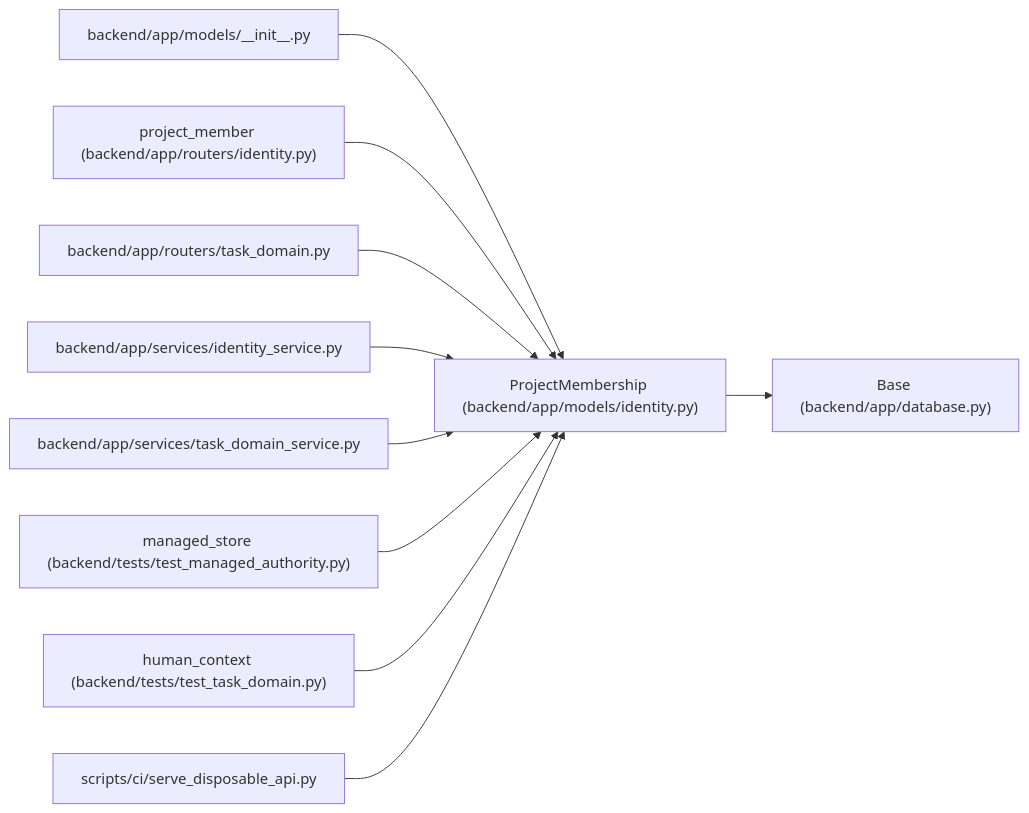
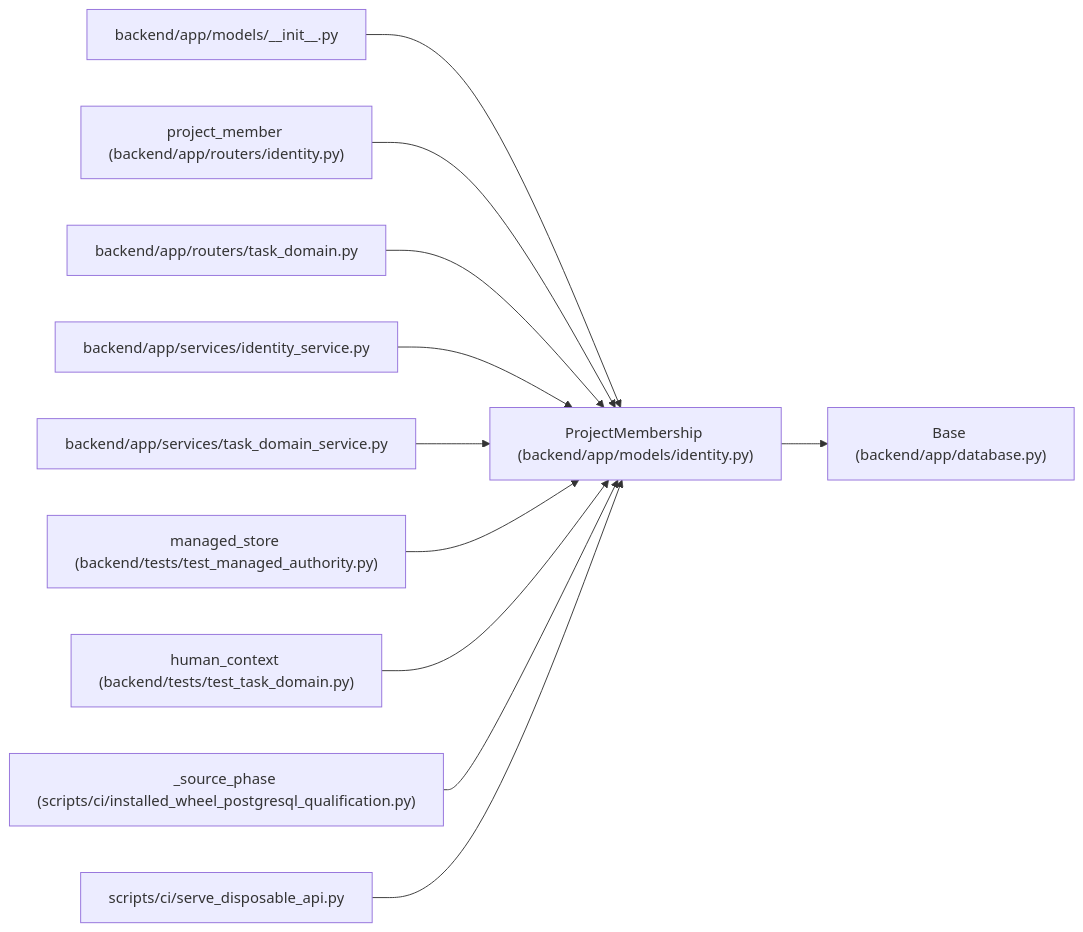
One commit to Denissvgn/WorkChord changed the diagram in docs/llm_wiki/entities/ProjectMembership.md. Above: the diagram before and after it, drawn with Mermaid. The commit also changed other lines of this file and 778 other files, not shown here.

````diff
--- a/docs/llm_wiki/entities/ProjectMembership.md
+++ b/docs/llm_wiki/entities/ProjectMembership.md
@@ -28,32 +28,35 @@
 ```mermaid
 flowchart LR
     n0["ProjectMembership (backend/app/models/identity.py)"]
     n1["Base (backend/app/database.py)"]
     n2["backend/app/models/__init__.py"]
     n3["project_member (backend/app/routers/identity.py)"]
     n4["backend/app/routers/task_domain.py"]
     n5["backend/app/services/identity_service.py"]
     n6["backend/app/services/task_domain_service.py"]
     n7["managed_store (backend/tests/test_managed_authority.py)"]
     n8["human_context (backend/tests/test_task_domain.py)"]
-    n9["scripts/ci/serve_disposable_api.py"]
+    n9["_source_phase (scripts/ci/installed_wheel_postgresql_qualification.py)"]
+    n10["scripts/ci/serve_disposable_api.py"]
     n0 --> n1
     n2 --> n0
     n3 --> n0
     n4 --> n0
     n5 --> n0
     n6 --> n0
     n7 --> n0
     n8 --> n0
     n9 --> n0
+    n10 --> n0
     click n0 "../modules/models_identity.md"
     click n1 "../modules/app_database.md"
     click n2 "../modules/models___init__.md"
     click n3 "../modules/routers_identity.md"
     click n4 "../modules/routers_task_domain.md"
     click n5 "../modules/identity_service.md"
     click n6 "../modules/task_domain_service.md"
     click n7 "../modules/test_managed_authority.md"
     click n8 "../modules/test_task_domain.md"
-    click n9 "../modules/serve_disposable_api.md"
+    click n9 "../modules/installed_wheel_postgresql_qualification.md"
+    click n10 "../modules/serve_disposable_api.md"
 ```
````
